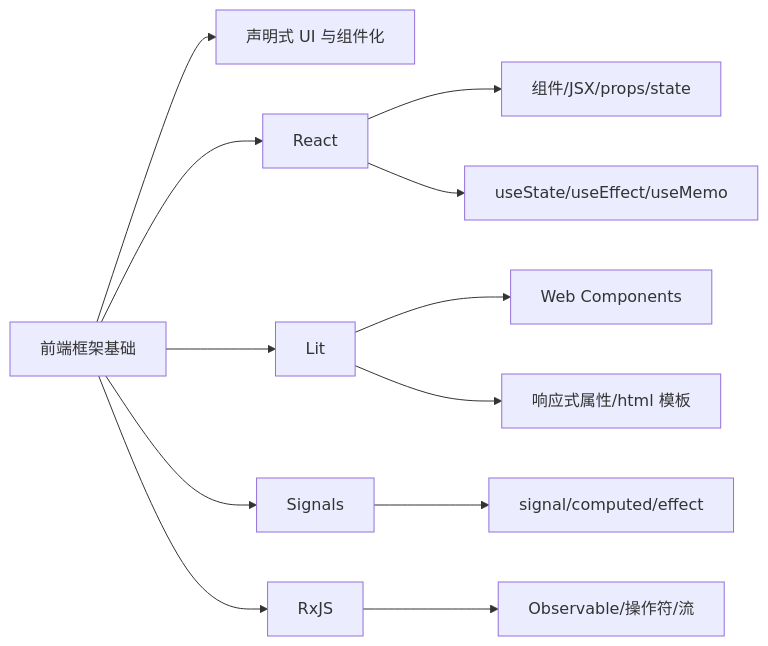
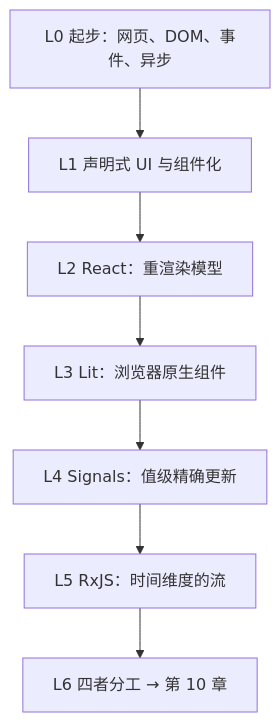
Before and after one commit to lfire/AFFiNE: the first of 2 diagrams in learning-guide/slides/decks/06.md, drawn with Mermaid. The commit also changed other lines of this file and 6 other files, not shown here.

````diff
--- a/learning-guide/slides/decks/06.md
+++ b/learning-guide/slides/decks/06.md
@@ -27,14 +29,9 @@
 ```mermaid
-flowchart LR
-  A["前端框架基础"] --> B["声明式 UI 与组件化"]
-  A --> C["React"]
-  A --> D["Lit"]
-  A --> E["Signals"]
-  A --> F["RxJS"]
-  C --> C1["组件/JSX/props/state"]
-  C --> C2["useState/useEffect/useMemo"]
-  D --> D1["Web Components"]
-  D --> D2["响应式属性/html 模板"]
-  E --> E1["signal/computed/effect"]
-  F --> F1["Observable/操作符/流"]
+flowchart TD
+  L0["L0 起步：网页、DOM、事件、异步"] --> L1["L1 声明式 UI 与组件化"]
+  L1 --> L2["L2 React：重渲染模型"]
+  L2 --> L3["L3 Lit：浏览器原生组件"]
+  L3 --> L4["L4 Signals：值级精确更新"]
+  L4 --> L5["L5 RxJS：时间维度的流"]
+  L5 --> L6["L6 四者分工 → 第 10 章"]
 ```
````
